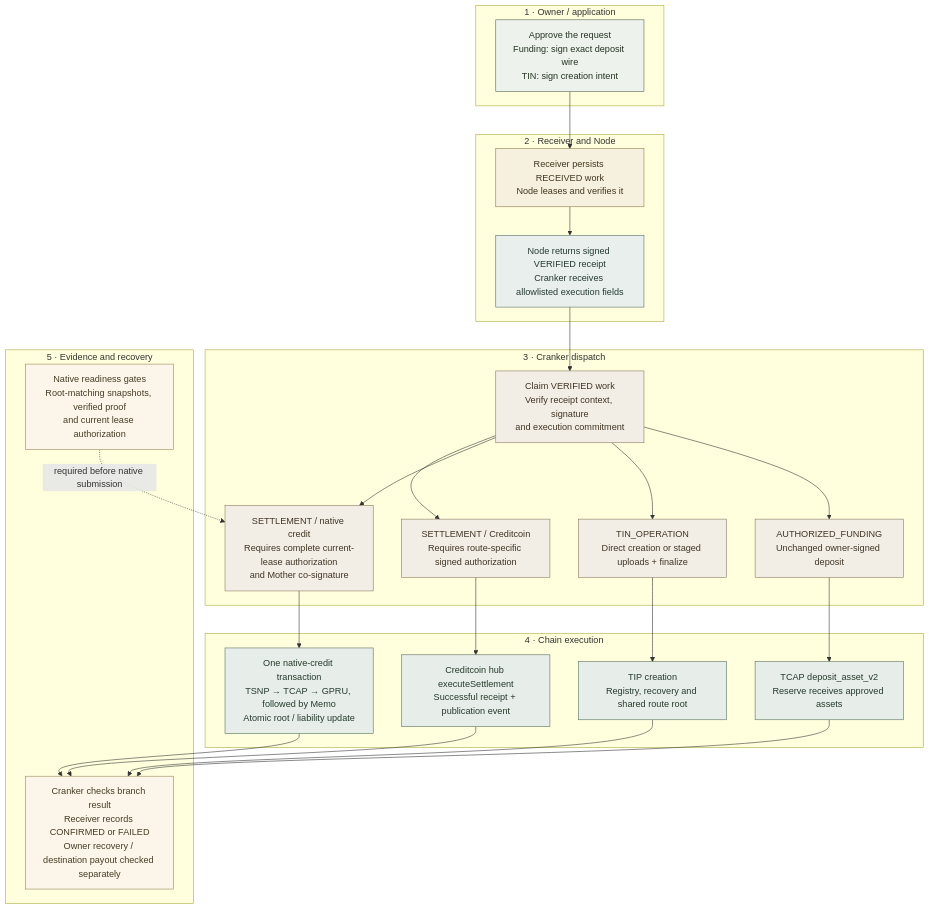
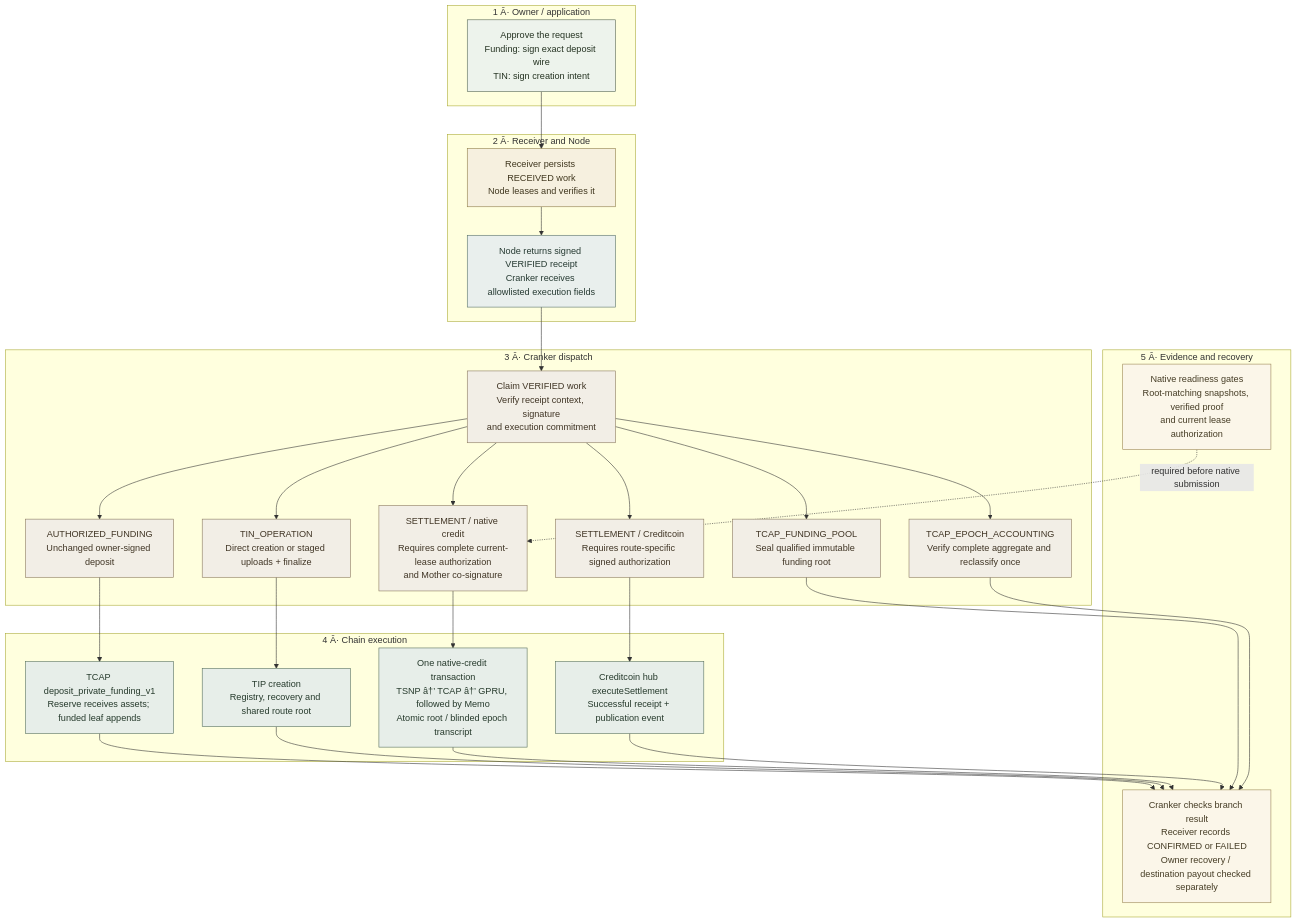
Before and after one commit to bigdreamsweb3/trustlink-pay: the diagram in docs/laboratory/cranker-transaction-map.md, drawn with Mermaid. The commit also changed other lines of this file and 232 other files, not shown here.

````diff
--- a/docs/laboratory/cranker-transaction-map.md
+++ b/docs/laboratory/cranker-transaction-map.md
@@ -11,51 +11,57 @@
 ```mermaid
 flowchart TB
-  subgraph S1["1 · Owner / application"]
+  subgraph S1["1 Â· Owner / application"]
     A["Approve the request<br/>Funding: sign exact deposit wire<br/>TIN: sign creation intent"]
   end
-  subgraph S2["2 · Receiver and Node"]
+  subgraph S2["2 Â· Receiver and Node"]
     R["Receiver persists RECEIVED work<br/>Node leases and verifies it"]
     N["Node returns signed VERIFIED receipt<br/>Cranker receives allowlisted execution fields"]
     R --> N
   end
-  subgraph S3["3 · Cranker dispatch"]
+  subgraph S3["3 Â· Cranker dispatch"]
     C["Claim VERIFIED work<br/>Verify receipt context, signature<br/>and execution commitment"]
     F["AUTHORIZED_FUNDING<br/>Unchanged owner-signed deposit"]
     I["TIN_OPERATION<br/>Direct creation or staged uploads + finalize"]
     H["SETTLEMENT / native credit<br/>Requires complete current-lease authorization<br/>and Mother co-signature"]
     E["SETTLEMENT / Creditcoin<br/>Requires route-specific signed authorization"]
     C --> F
     C --> I
     C --> H
+    P["TCAP_FUNDING_POOL<br/>Seal qualified immutable funding root"]
+    Q["TCAP_EPOCH_ACCOUNTING<br/>Verify complete aggregate and reclassify once"]
     C --> E
+    C --> P
+    C --> Q
   end
-  subgraph S4["4 · Chain execution"]
-    PF["TCAP deposit_asset_v2<br/>Reserve receives approved assets"]
+  subgraph S4["4 Â· Chain execution"]
+    PF["TCAP deposit_private_funding_v1<br/>Reserve receives assets; funded leaf appends"]
     PI["TIP creation<br/>Registry, recovery and shared route root"]
-    PH["One native-credit transaction<br/>TSNP → TCAP → GPRU, followed by Memo<br/>Atomic root / liability update"]
+    PH["One native-credit transaction<br/>TSNP â†’ TCAP â†’ GPRU, followed by Memo<br/>Atomic root / blinded epoch transcript"]
     PE["Creditcoin hub executeSettlement<br/>Successful receipt + publication event"]
   end
-  subgraph S5["5 · Evidence and recovery"]
+  subgraph S5["5 Â· Evidence and recovery"]
     O["Cranker checks branch result<br/>Receiver records CONFIRMED or FAILED<br/>Owner recovery / destination payout checked separately"]
     B["Native readiness gates<br/>Root-matching snapshots, verified proof<br/>and current lease authorization"]
   end
   A --> R
   N --> C
   F --> PF --> O
   I --> PI --> O
   H --> PH --> O
   E --> PE --> O
+  P --> O
+  Q --> O
   B -. "required before native submission" .-> H
   classDef device fill:#edf3ec,stroke:#52634f,color:#253322;
   classDef receiver fill:#f6f0df,stroke:#8c7a45,color:#40371f;
   classDef node fill:#e9efed,stroke:#536d63,color:#263a32;
   classDef submission fill:#f2eee6,stroke:#88765b,color:#403525;
   classDef program fill:#e7eee9,stroke:#536c5b,color:#263a2c;
   classDef evidence fill:#fbf6e9,stroke:#998451,color:#463d26;
   class A device;
   class R receiver;
   class N node;
-  class C,F,I,H,E submission;
+  class C,F,I,H,E,P,Q submission;
   class PF,PI,PH,PE program;
   class O,B evidence;
 ```
````
